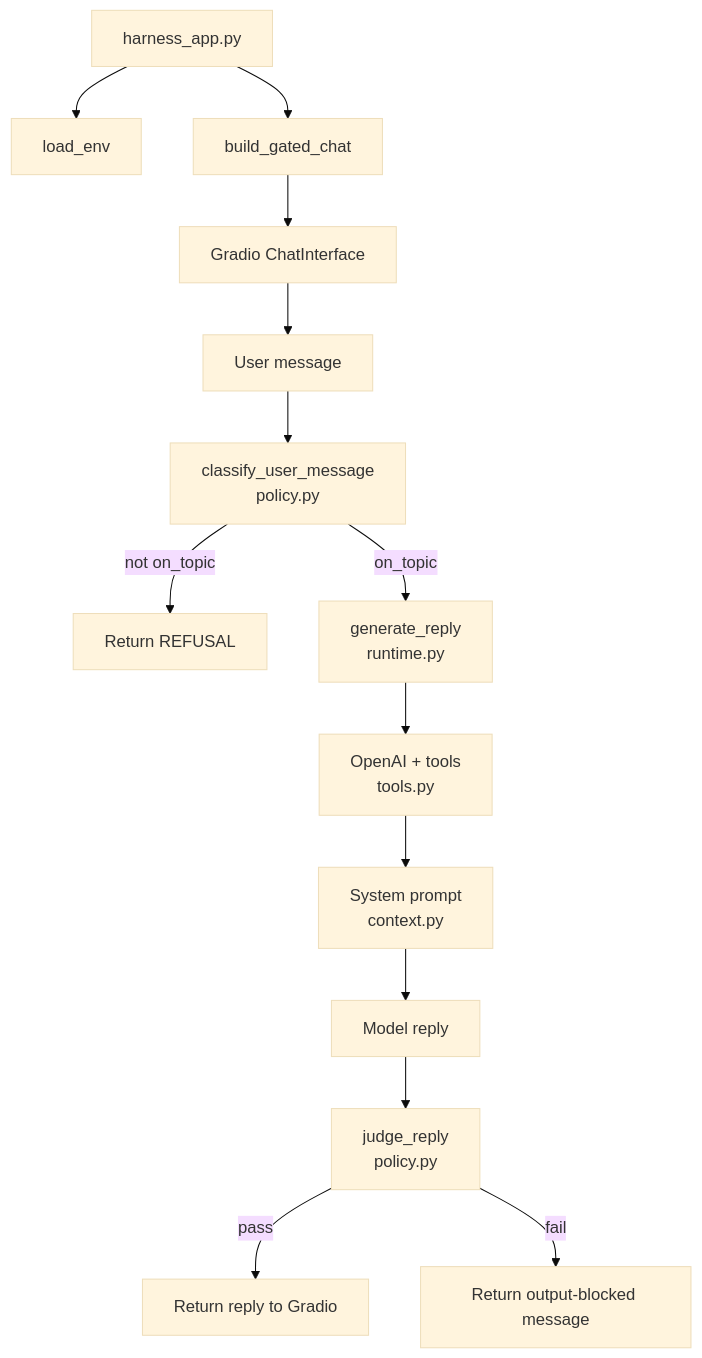
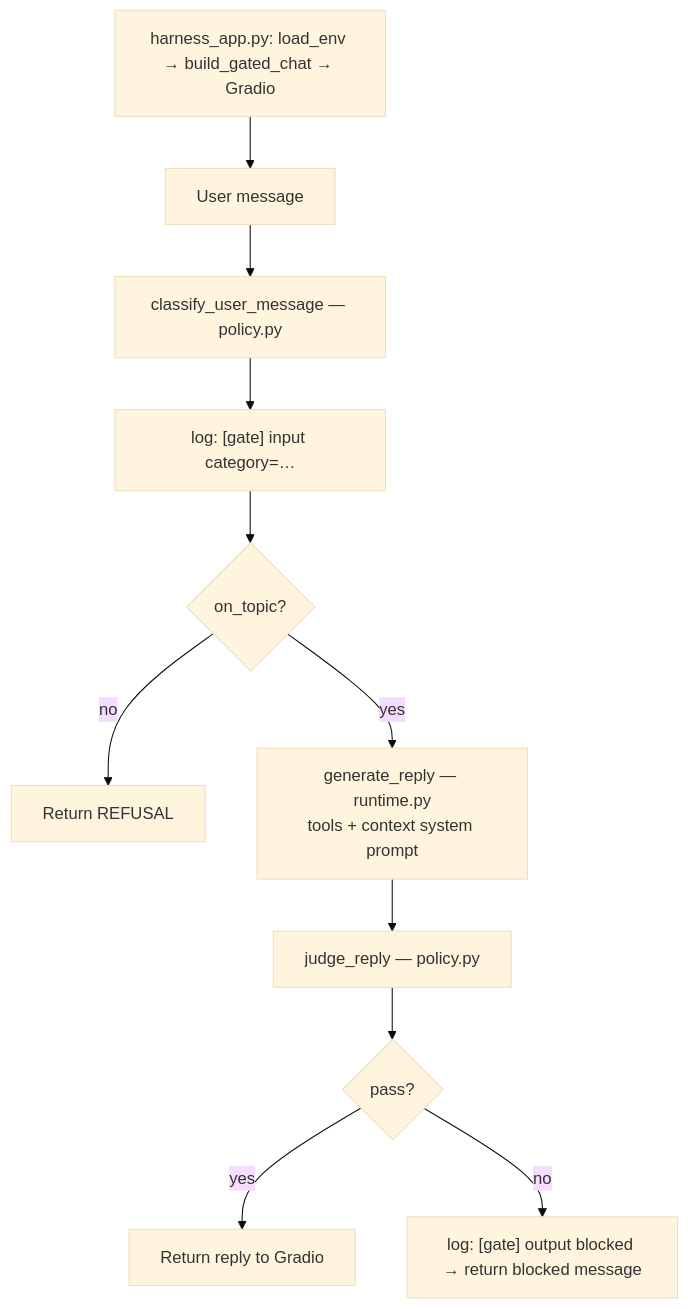
Before and after one commit to YiJingLin/my-first-ai-agent: the diagram in 2_harness/README.md, drawn with Mermaid (base theme). The commit also changed other lines of this file, not shown here.

Commit message:
format and update diagram

````diff
--- a/2_harness/README.md
+++ b/2_harness/README.md
@@ -51,19 +51,15 @@
 ```mermaid
 flowchart TD
-  A[harness_app.py] --> B[load_env]
-  A --> C[build_gated_chat]
-  C --> D[Gradio ChatInterface]
+  A[harness_app.py: load_env → build_gated_chat → Gradio] --> B[User message]
+  B --> C[classify_user_message — policy.py]
+  C --> D["log: [gate] input category=…"]
+  D --> E{on_topic?}
 
-  D --> E[User message]
-  E --> F[classify_user_message<br/>policy.py]
-  F -->|not on_topic| G[Return REFUSAL]
-  F -->|on_topic| H[generate_reply<br/>runtime.py]
+  E -->|no| F[Return REFUSAL]
+  E -->|yes| G[generate_reply — runtime.py<br/>tools + context system prompt]
+  G --> H[judge_reply — policy.py]
+  H --> I{pass?}
 
-  H --> I[OpenAI + tools<br/>tools.py]
-  I --> J[System prompt<br/>context.py]
-  J --> K[Model reply]
-
-  K --> L[judge_reply<br/>policy.py]
-  L -->|pass| M[Return reply to Gradio]
-  L -->|fail| N[Return output-blocked message]
+  I -->|yes| J[Return reply to Gradio]
+  I -->|no| K["log: [gate] output blocked → return blocked message"]
 ```
````
